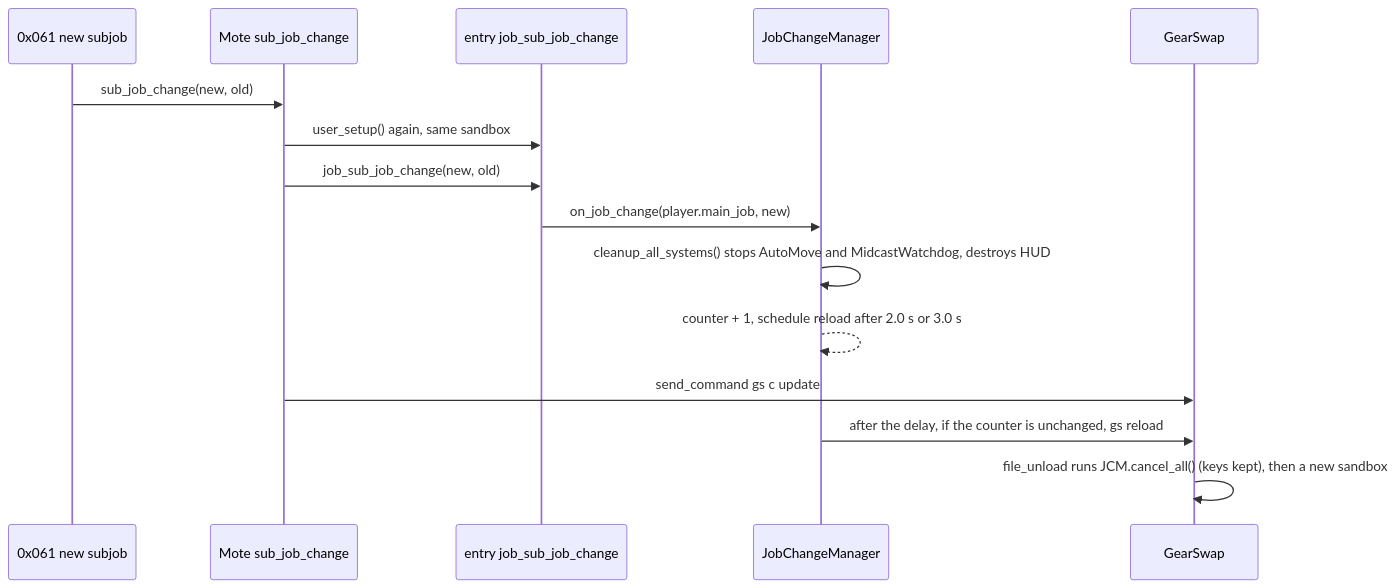
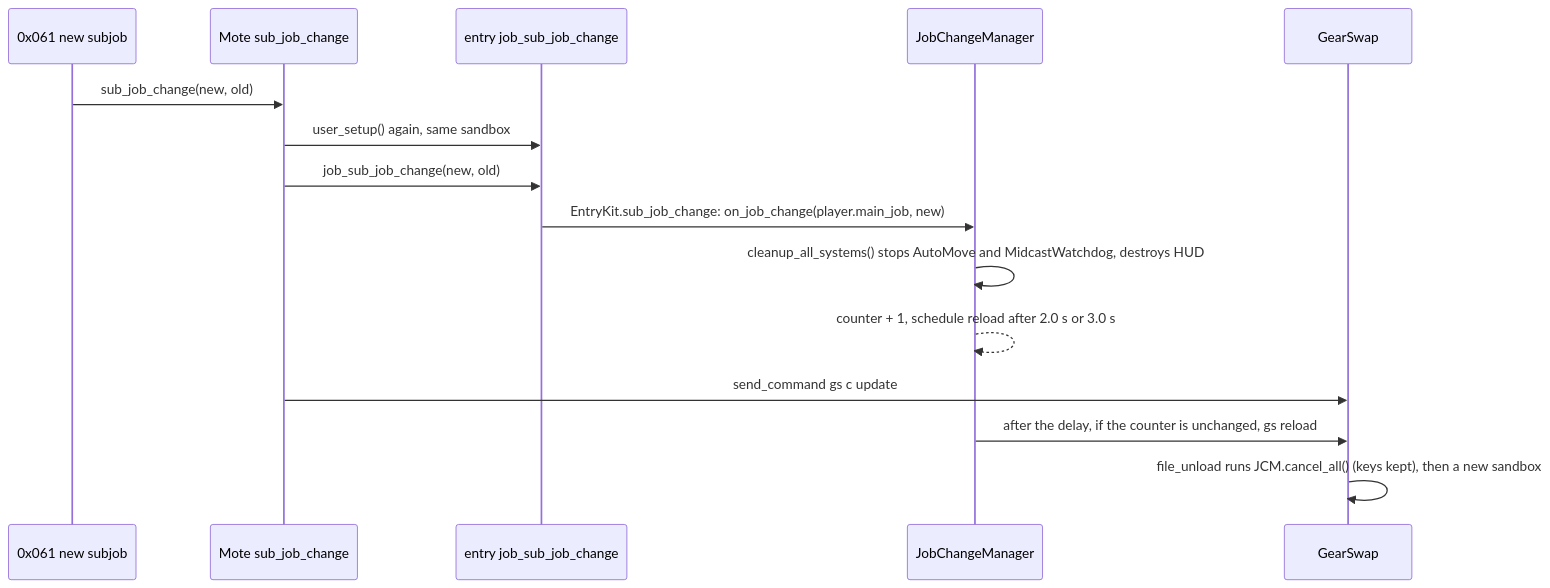
Before and after one commit to ejouanchicot/Gearswap: the third of 4 diagrams in docs/dev/systems/core-lifecycle.md, drawn with Mermaid. The commit also changed other lines of this file and 100 other files, not shown here.

````diff
--- a/docs/dev/systems/core-lifecycle.md
+++ b/docs/dev/systems/core-lifecycle.md
@@ -239,17 +245,17 @@
 ```mermaid
 sequenceDiagram
     participant Srv as 0x061 new subjob
     participant Mote as Mote sub_job_change
     participant Entry as entry job_sub_job_change
     participant JCM as JobChangeManager
     participant GS as GearSwap
     Srv->>Mote: sub_job_change(new, old)
     Mote->>Entry: user_setup() again, same sandbox
     Mote->>Entry: job_sub_job_change(new, old)
-    Entry->>JCM: on_job_change(player.main_job, new)
+    Entry->>JCM: EntryKit.sub_job_change: on_job_change(player.main_job, new)
     JCM->>JCM: cleanup_all_systems() stops AutoMove and MidcastWatchdog, destroys HUD
     JCM-->>JCM: counter + 1, schedule reload after 2.0 s or 3.0 s
     Mote->>GS: send_command gs c update
     JCM->>GS: after the delay, if the counter is unchanged, gs reload
     GS->>GS: file_unload runs JCM.cancel_all() (keys kept), then a new sandbox
 ```
````
